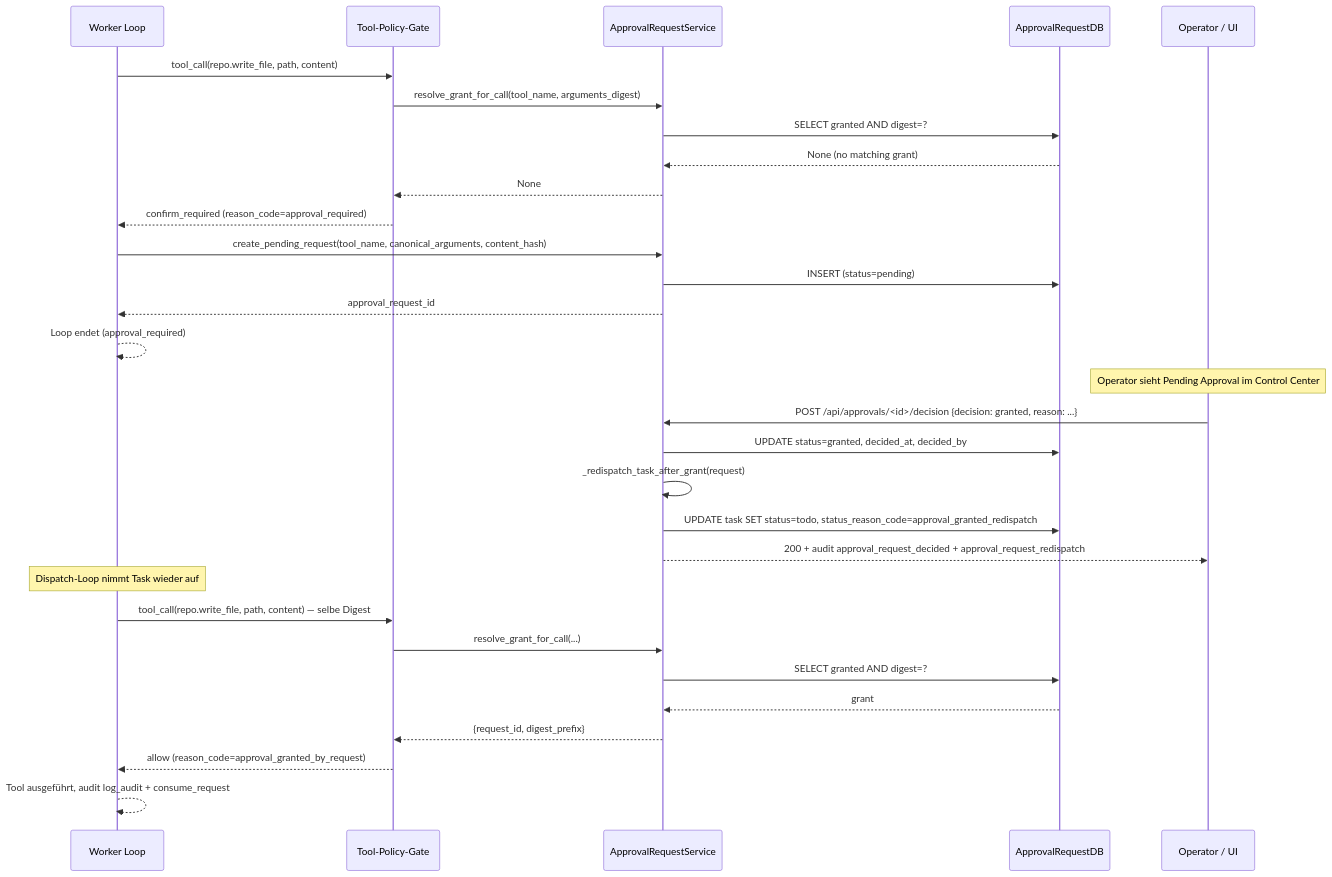
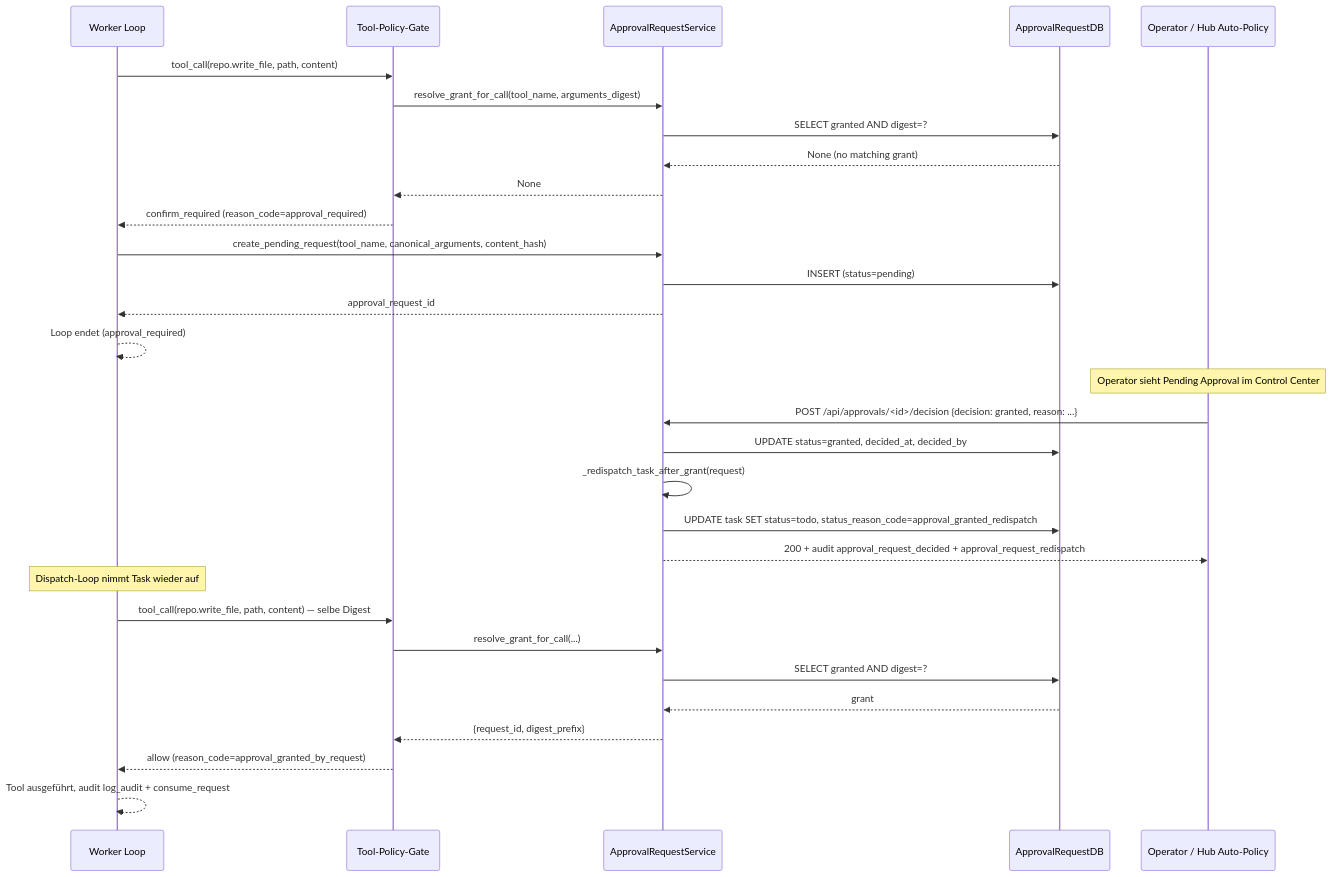
The first of 2 diagrams in docs/security/approval-lifecycle.md (ananta888/ananta), drawn with Mermaid before and after one commit. The commit also changed other lines of this file and 8 other files, not shown here.

````diff
--- a/docs/security/approval-lifecycle.md
+++ b/docs/security/approval-lifecycle.md
@@ -103,32 +112,32 @@
 ```mermaid
 sequenceDiagram
     participant W as Worker Loop
     participant T as Tool-Policy-Gate
     participant A as ApprovalRequestService
     participant DB as ApprovalRequestDB
-    participant O as Operator / UI
+    participant O as Operator / Hub Auto-Policy
     W->>T: tool_call(repo.write_file, path, content)
     T->>A: resolve_grant_for_call(tool_name, arguments_digest)
     A->>DB: SELECT granted AND digest=?
     DB-->>A: None (no matching grant)
     A-->>T: None
     T-->>W: confirm_required (reason_code=approval_required)
     W->>A: create_pending_request(tool_name, canonical_arguments, content_hash)
     A->>DB: INSERT (status=pending)
     A-->>W: approval_request_id
     W-->>W: Loop endet (approval_required)
     Note over O: Operator sieht Pending Approval im Control Center
     O->>A: POST /api/approvals/<id>/decision {decision: granted, reason: ...}
     A->>DB: UPDATE status=granted, decided_at, decided_by
     A->>A: _redispatch_task_after_grant(request)
     A->>DB: UPDATE task SET status=todo, status_reason_code=approval_granted_redispatch
     A-->>O: 200 + audit approval_request_decided + approval_request_redispatch
     Note over W: Dispatch-Loop nimmt Task wieder auf
     W->>T: tool_call(repo.write_file, path, content) — selbe Digest
     T->>A: resolve_grant_for_call(...)
     A->>DB: SELECT granted AND digest=?
     DB-->>A: grant
     A-->>T: {request_id, digest_prefix}
     T-->>W: allow (reason_code=approval_granted_by_request)
     W-->>W: Tool ausgeführt, audit log_audit + consume_request
 ```
````
